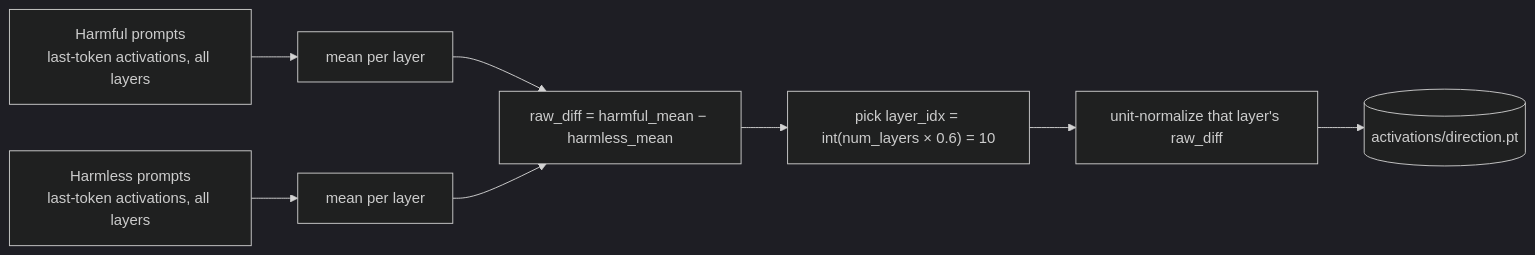
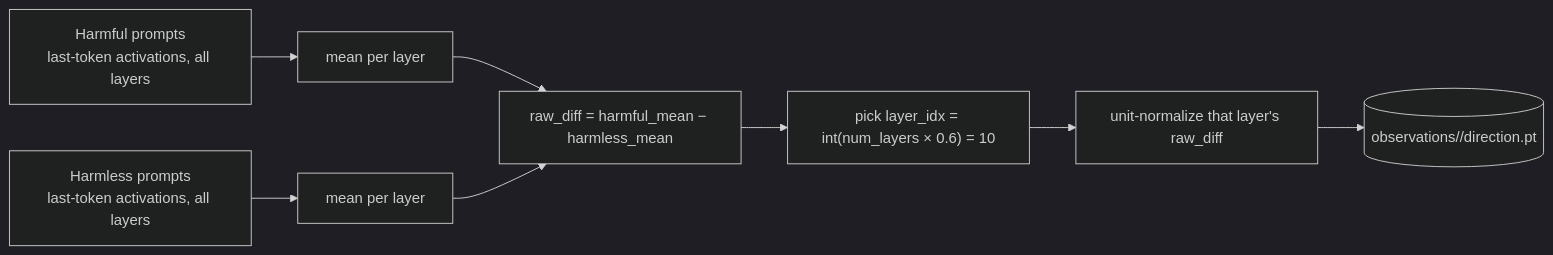
Before and after one commit to Palani-SN/abliteration-et-constitutional-classifier: the second of 4 diagrams in README.md, drawn with Mermaid (dark theme). The commit also changed other lines of this file and 933 other files, not shown here.

````diff
--- a/README.md
+++ b/README.md
@@ -353,10 +424,10 @@
 ```mermaid
 flowchart LR
     HA["Harmful prompts<br/>last-token activations, all layers"] --> MA["mean per layer"]
     HL["Harmless prompts<br/>last-token activations, all layers"] --> ML["mean per layer"]
     MA --> D["raw_diff = harmful_mean − harmless_mean"]
     ML --> D
     D --> N["pick layer_idx = int(num_layers × 0.6) = 10"]
     N --> U["unit-normalize that layer's raw_diff"]
-    U --> SAVE[("activations/direction.pt")]
+    U --> SAVE[("observations/<model_key>/direction.pt")]
 ```
````
